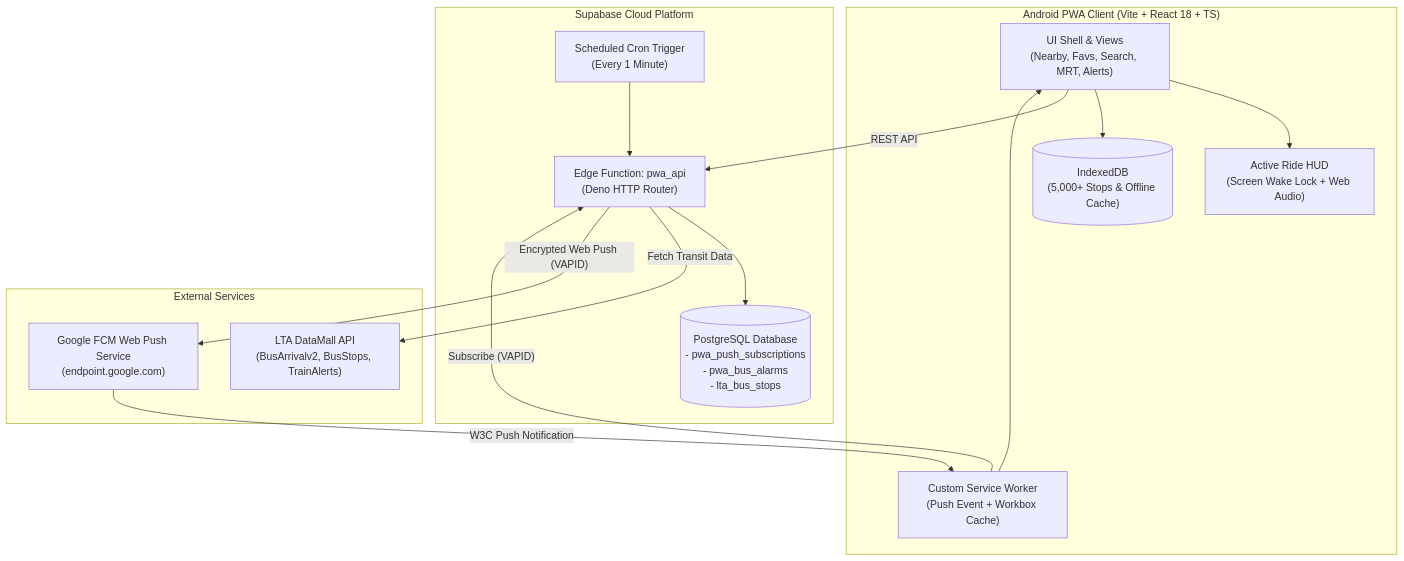
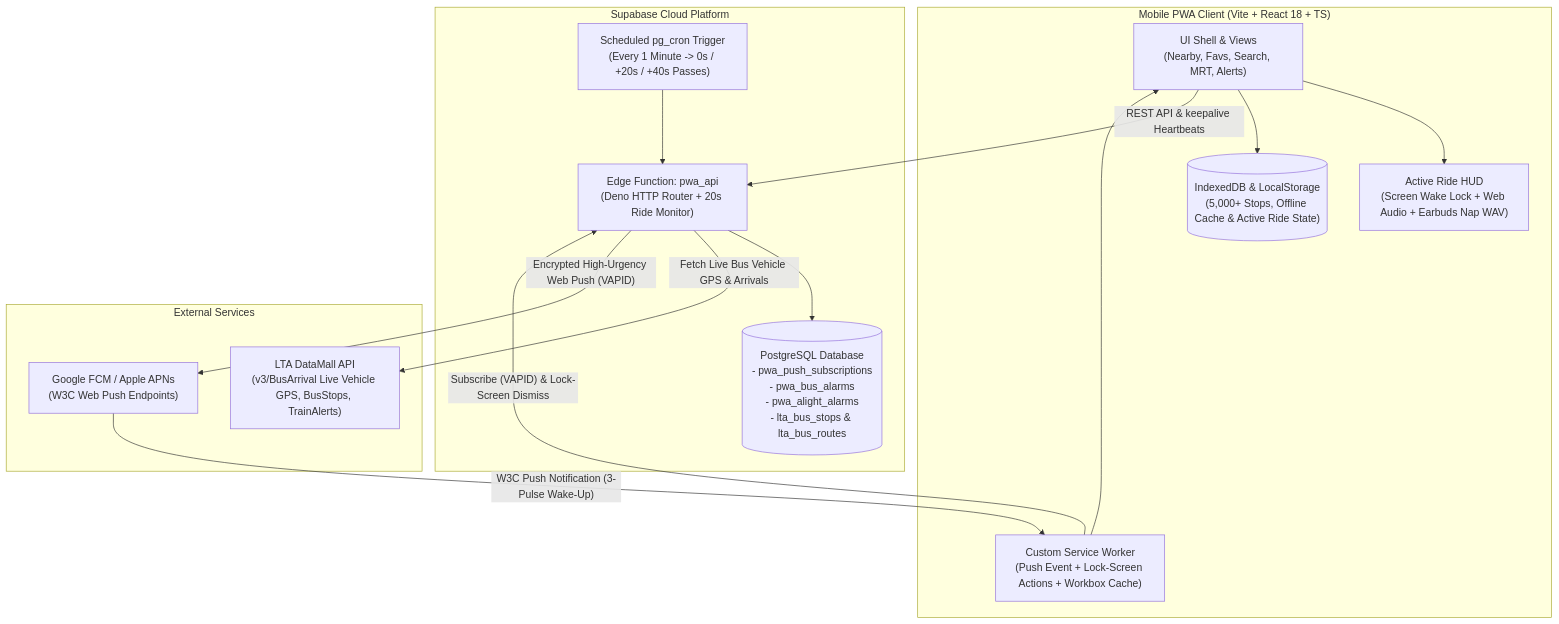
One commit to jasontan89/sg-bus-kaki-pwa changed the first of 3 diagrams in ARCHITECTURE.md. Above: the diagram before and after it, drawn with Mermaid. The commit also changed other lines of this file and 13 other files, not shown here.

Commit message:
feat(alight): add cloud background live-bus GPS tracking, 3-pulse Web Push, and mobile UI fixes

````diff
--- a/ARCHITECTURE.md
+++ b/ARCHITECTURE.md
@@ -9,31 +9,31 @@
 ```mermaid
 graph TD
-    subgraph Client["Android PWA Client (Vite + React 18 + TS)"]
+    subgraph Client["Mobile PWA Client (Vite + React 18 + TS)"]
         UI["UI Shell & Views\n(Nearby, Favs, Search, MRT, Alerts)"]
-        ALARM["Active Ride HUD\n(Screen Wake Lock + Web Audio)"]
-        SW["Custom Service Worker\n(Push Event + Workbox Cache)"]
-        IDB[("IndexedDB\n(5,000+ Stops & Offline Cache)")]
+        ALARM["Active Ride HUD\n(Screen Wake Lock + Web Audio + Earbuds Nap WAV)"]
+        SW["Custom Service Worker\n(Push Event + Lock-Screen Actions + Workbox Cache)"]
+        IDB[("IndexedDB & LocalStorage\n(5,000+ Stops, Offline Cache & Active Ride State)")]
         UI --> ALARM
         UI --> IDB
         SW --> UI
     end
 
     subgraph Supabase["Supabase Cloud Platform"]
-        API["Edge Function: pwa_api\n(Deno HTTP Router)"]
-        CRON["Scheduled Cron Trigger\n(Every 1 Minute)"]
-        DB[("PostgreSQL Database\n- pwa_push_subscriptions\n- pwa_bus_alarms\n- lta_bus_stops")]
+        API["Edge Function: pwa_api\n(Deno HTTP Router + 20s Ride Monitor)"]
+        CRON["Scheduled pg_cron Trigger\n(Every 1 Minute -> 0s / +20s / +40s Passes)"]
+        DB[("PostgreSQL Database\n- pwa_push_subscriptions\n- pwa_bus_alarms\n- pwa_alight_alarms\n- lta_bus_stops & lta_bus_routes")]
         CRON --> API
         API --> DB
     end
 
     subgraph External["External Services"]
-        LTA["LTA DataMall API\n(BusArrivalv2, BusStops, TrainAlerts)"]
-        FCM["Google FCM Web Push Service\n(endpoint.google.com)"]
+        LTA["LTA DataMall API\n(v3/BusArrival Live Vehicle GPS, BusStops, TrainAlerts)"]
+        FCM["Google FCM / Apple APNs\n(W3C Web Push Endpoints)"]
     end
 
-    UI -- "REST API" --> API
-    SW -- "Subscribe (VAPID)" --> API
-    API -- "Fetch Transit Data" --> LTA
-    API -- "Encrypted Web Push (VAPID)" --> FCM
-    FCM -- "W3C Push Notification" --> SW
+    UI -- "REST API & keepalive Heartbeats" --> API
+    SW -- "Subscribe (VAPID) & Lock-Screen Dismiss" --> API
+    API -- "Fetch Live Bus Vehicle GPS & Arrivals" --> LTA
+    API -- "Encrypted High-Urgency Web Push (VAPID)" --> FCM
+    FCM -- "W3C Push Notification (3-Pulse Wake-Up)" --> SW
 ```
````
